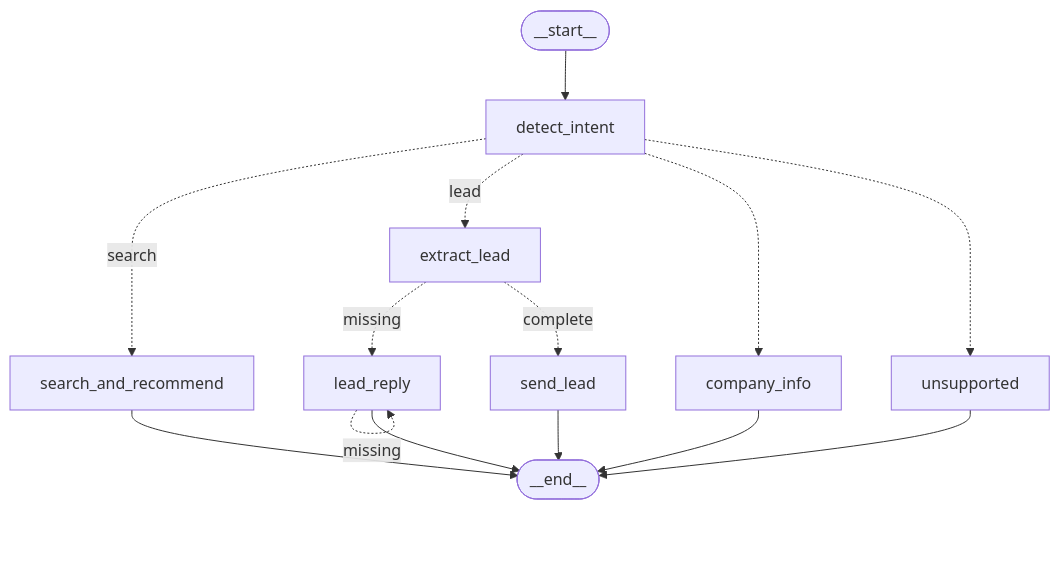
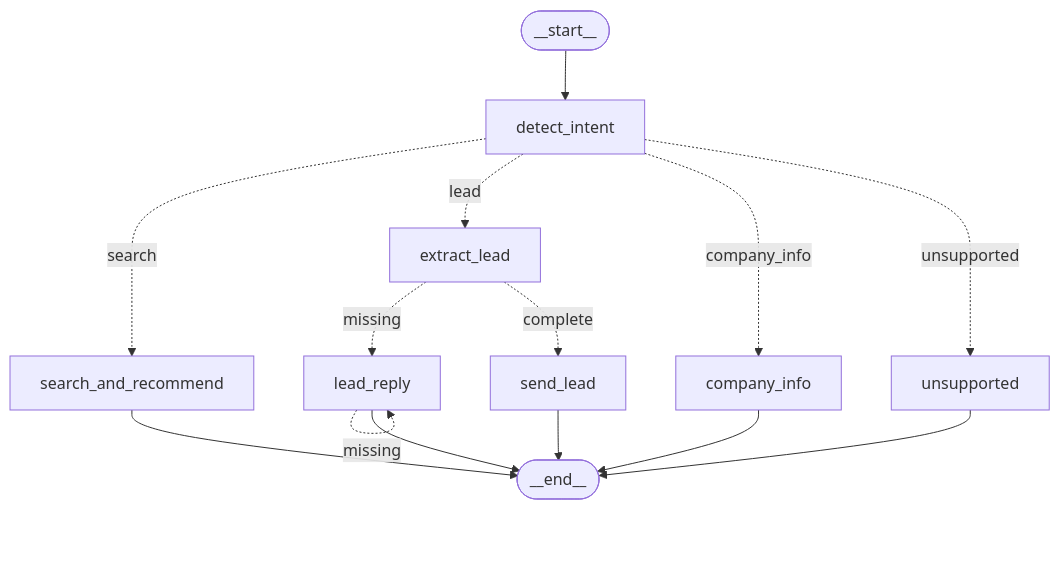
One commit to AhmedAshraf4/Apartment-Recommendation-Chatbot changed the second of 2 diagrams in README.md. Above: the diagram before and after it, drawn with Mermaid. The commit also changed other lines of this file, not shown here.

````diff
--- a/README.md
+++ b/README.md
@@ -471,30 +584,29 @@
 ```mermaid
 graph TD
     start([__start__]):::first
     detect_intent[detect_intent]
     search_and_recommend[search_and_recommend]
     company_info[company_info]
     extract_lead[extract_lead]
     lead_reply[lead_reply]
     send_lead[send_lead]
     unsupported[unsupported]
     finish([__end__]):::last
 
     start --> detect_intent
 
     company_info --> finish
     lead_reply -. missing .-> lead_reply
     lead_reply --> finish
     search_and_recommend --> finish
     send_lead --> finish
     unsupported --> finish
 
     detect_intent -. search .-> search_and_recommend
     detect_intent -. lead .-> extract_lead
-    detect_intent -.-> company_info
-    detect_intent -.-> unsupported
+    detect_intent -. company_info .-> company_info
+    detect_intent -. unsupported .-> unsupported
 
     extract_lead -. missing .-> lead_reply
     extract_lead -. complete .-> send_lead
-
 ```
````
